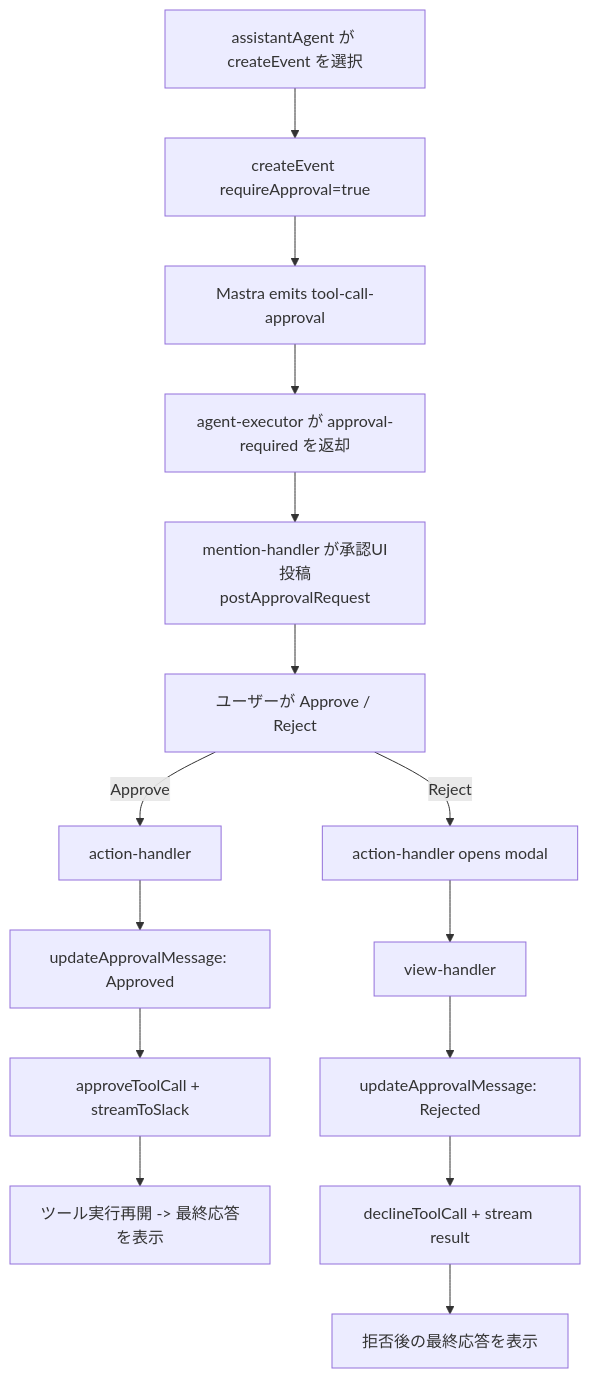
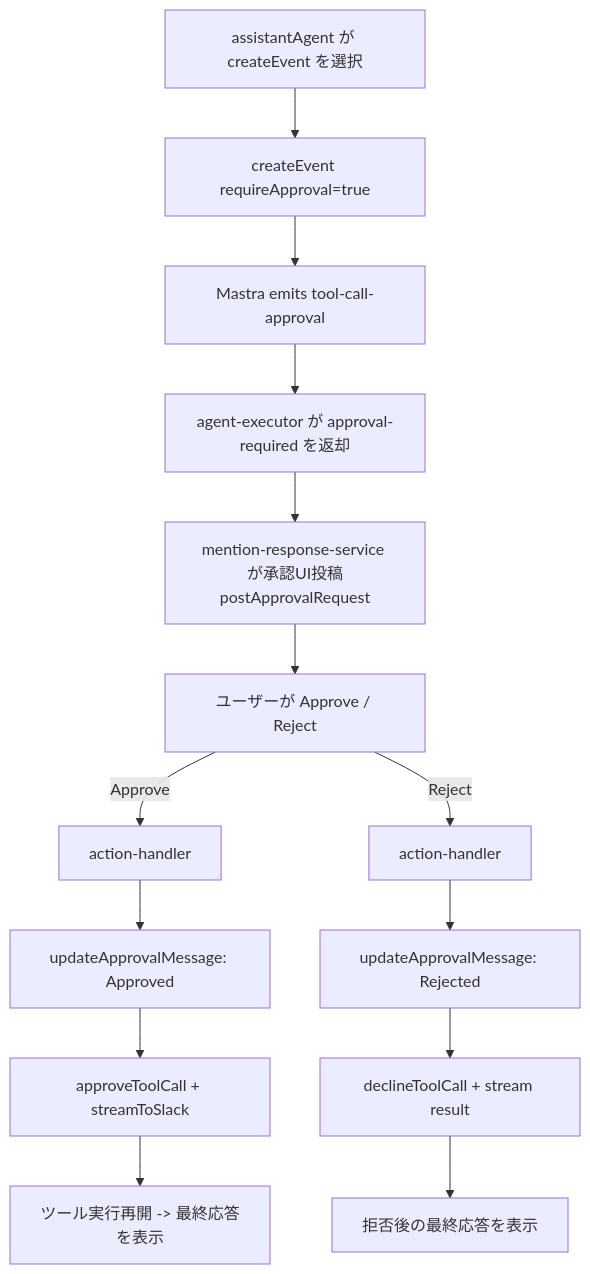
The third of 4 diagrams in docs/PROCESS_FLOW.md (2bo/mastra-slack-agent), drawn with Mermaid before and after one commit. The commit also changed other lines of this file and 17 other files, not shown here.

Commit message:
refactor(slack): split response flows and simplify HITL result presentation Entire-Checkpoint: 007fd25de0ab

````diff
--- a/docs/PROCESS_FLOW.md
+++ b/docs/PROCESS_FLOW.md
@@ -70,19 +74,18 @@
 ```mermaid
 flowchart TD
   A[assistantAgent が createEvent を選択] --> B[createEvent requireApproval=true]
   B --> C[Mastra emits tool-call-approval]
   C --> D[agent-executor が approval-required を返却]
-  D --> E[mention-handler が承認UI投稿<br/>postApprovalRequest]
+  D --> E[mention-response-service が承認UI投稿<br/>postApprovalRequest]
   E --> F[ユーザーが Approve / Reject]
 
   F -->|Approve| G[action-handler]
   G --> H[updateApprovalMessage: Approved]
   H --> I[approveToolCall + streamToSlack]
   I --> J[ツール実行再開 -> 最終応答を表示]
 
-  F -->|Reject| K[action-handler opens modal]
-  K --> L[view-handler]
-  L --> M[updateApprovalMessage: Rejected]
-  M --> N[declineToolCall + stream result]
-  N --> O[拒否後の最終応答を表示]
+  F -->|Reject| K[action-handler]
+  K --> L[updateApprovalMessage: Rejected]
+  L --> M[declineToolCall + stream result]
+  M --> N[拒否後の最終応答を表示]
 ```
````
